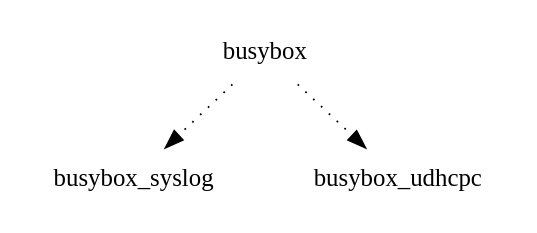
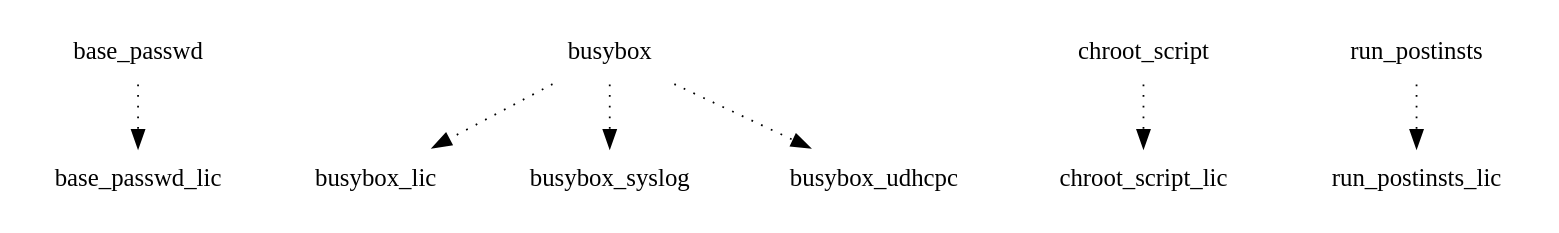
One commit to webOS-ports/buildhistory changed the diagram in images/tuna/eglibc/chroot-image/depends-nokernel-nolibc-noupdate.dot. Above: the diagram before and after it, drawn with Graphviz. The commit also changed 21 other files, not shown here.

```diff
--- a/images/tuna/eglibc/chroot-image/depends-nokernel-nolibc-noupdate.dot
+++ b/images/tuna/eglibc/chroot-image/depends-nokernel-nolibc-noupdate.dot
@@ -1,5 +1,9 @@
 digraph depends {
     node [shape=plaintext]
+base_passwd -> base_passwd_lic [style=dotted];
+busybox -> busybox_lic [style=dotted];
 busybox -> busybox_syslog [style=dotted];
 busybox -> busybox_udhcpc [style=dotted];
+chroot_script -> chroot_script_lic [style=dotted];
+run_postinsts -> run_postinsts_lic [style=dotted];
 }
```
